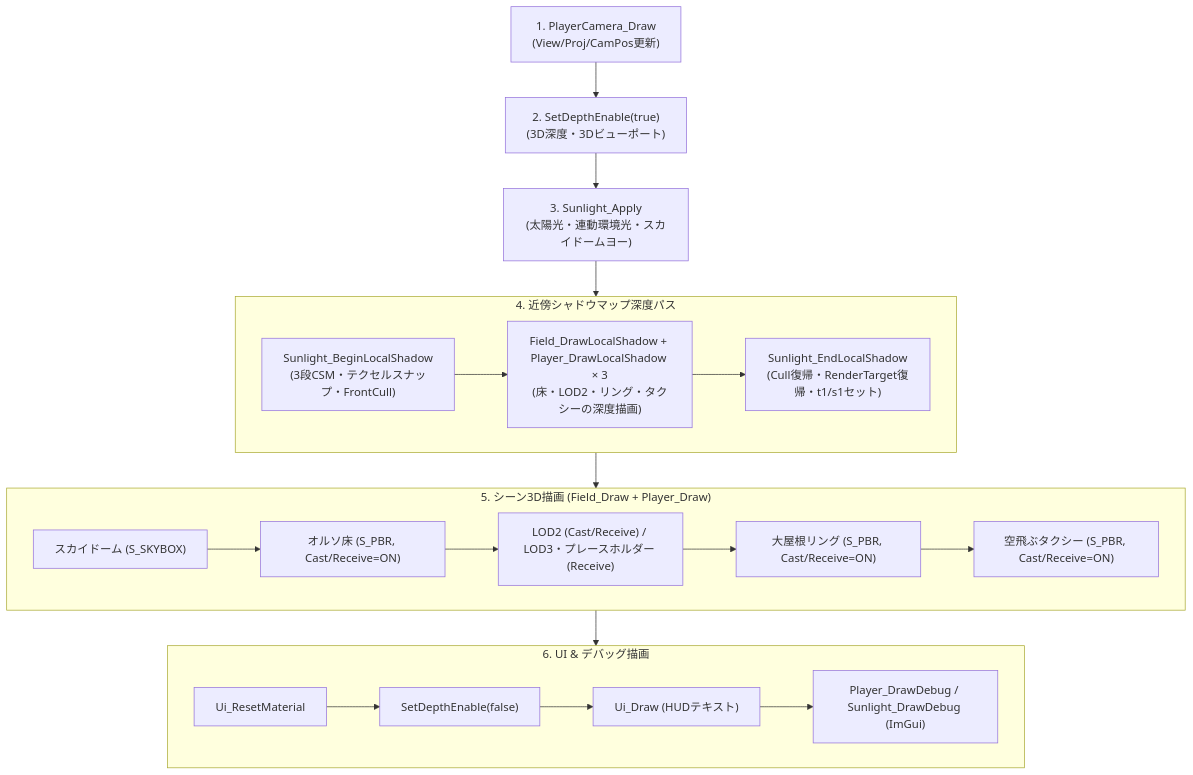
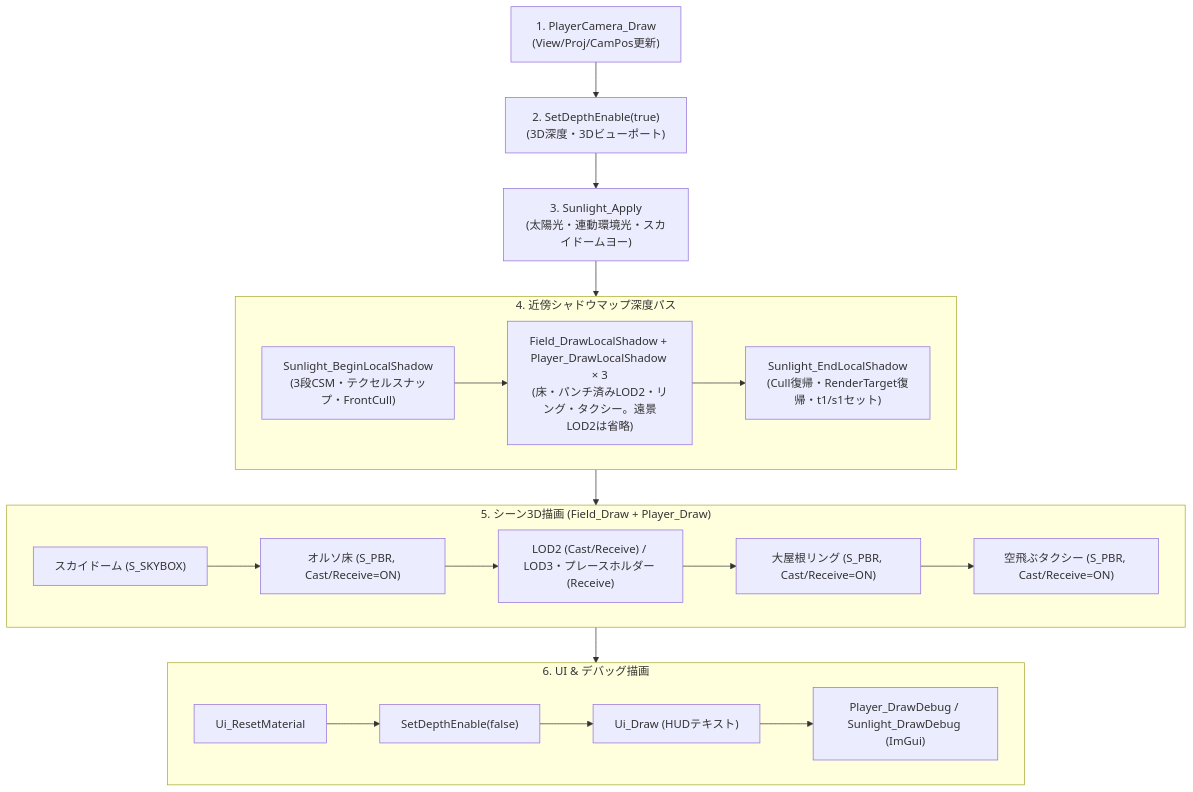
Before and after one commit to realryo1/E_X_P_O: the first of 2 diagrams in document_game/rendering_and_lighting.md, drawn with Mermaid. The commit also changed other lines of this file and 28 other files, not shown here.

````diff
--- a/document_game/rendering_and_lighting.md
+++ b/document_game/rendering_and_lighting.md
@@ -15,29 +15,29 @@
 ```mermaid
 flowchart TD
   cameraDraw["1. PlayerCamera_Draw<br>(View/Proj/CamPos更新)"]
   depthEnable["2. SetDepthEnable(true)<br>(3D深度・3Dビューポート)"]
   sunlightApply["3. Sunlight_Apply<br>(太陽光・連動環境光・スカイドームヨー)"]
   subgraph shadowPass ["4. 近傍シャドウマップ深度パス"]
     shadowBegin["Sunlight_BeginLocalShadow<br>(3段CSM・テクセルスナップ・FrontCull)"]
-    shadowDraw["Field_DrawLocalShadow + Player_DrawLocalShadow × 3<br>(床・LOD2・リング・タクシーの深度描画)"]
+    shadowDraw["Field_DrawLocalShadow + Player_DrawLocalShadow × 3<br>(床・パンチ済みLOD2・リング・タクシー。遠景LOD2は省略)"]
     shadowEnd["Sunlight_EndLocalShadow<br>(Cull復帰・RenderTarget復帰・t1/s1セット)"]
     shadowBegin --> shadowDraw --> shadowEnd
   end
   subgraph mainPass ["5. シーン3D描画 (Field_Draw + Player_Draw)"]
     skyboxDraw["スカイドーム (S_SKYBOX)"]
     floorDraw["オルソ床 (S_PBR, Cast/Receive=ON)"]
     tileDraw["LOD2 (Cast/Receive) / LOD3・プレースホルダー (Receive)"]
     ringDraw["大屋根リング (S_PBR, Cast/Receive=ON)"]
     taxiDraw["空飛ぶタクシー (S_PBR, Cast/Receive=ON)"]
     skyboxDraw --> floorDraw --> tileDraw --> ringDraw --> taxiDraw
   end
   subgraph uiPass ["6. UI & デバッグ描画"]
     uiReset["Ui_ResetMaterial"]
     depthDisable["SetDepthEnable(false)"]
     uiDraw["Ui_Draw (HUDテキスト)"]
     debugDraw["Player_DrawDebug / Sunlight_DrawDebug (ImGui)"]
     uiReset --> depthDisable --> uiDraw --> debugDraw
   end
 
   cameraDraw --> depthEnable --> sunlightApply --> shadowPass --> mainPass --> uiPass
 ```
````
